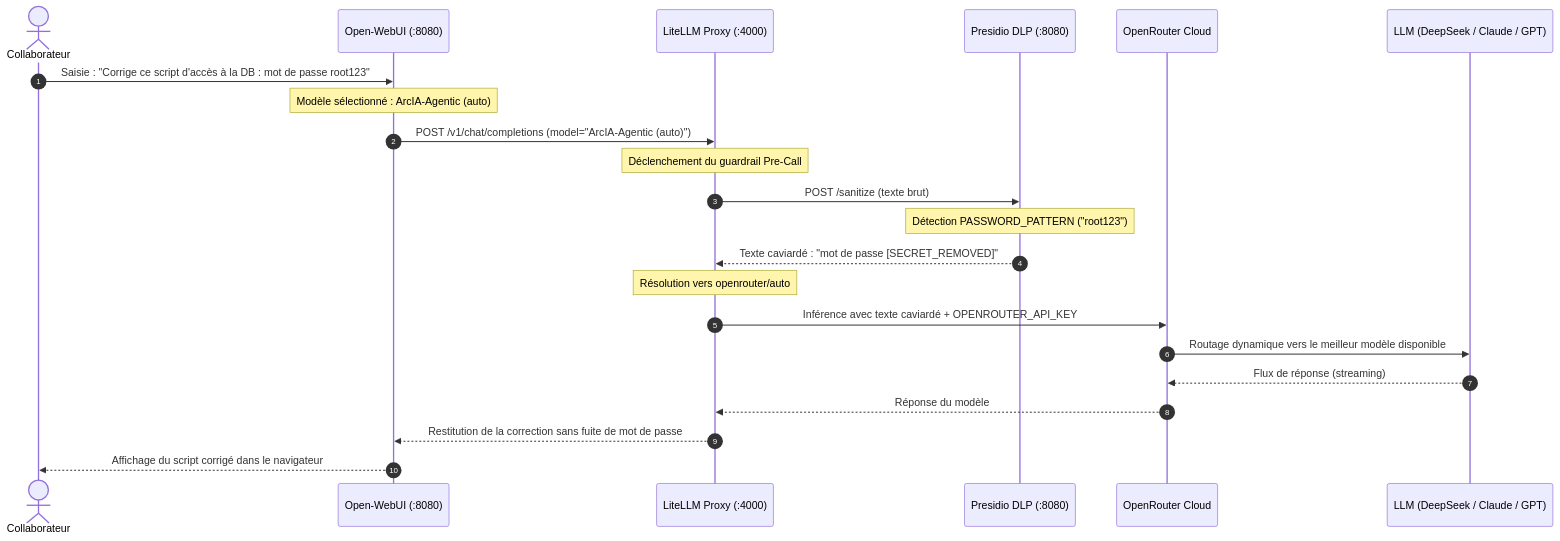
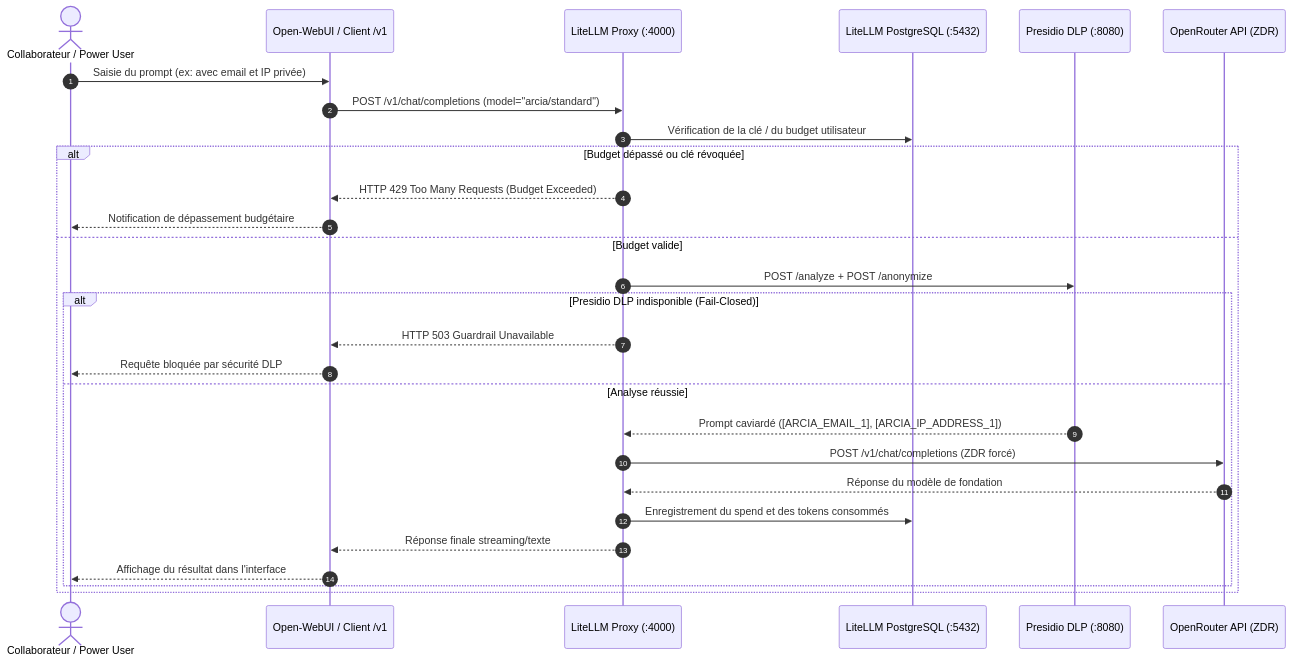
Before and after one commit to nicolastheuil/ArcIA: the second of 2 diagrams in docs/guides/chaine-de-routage.md, drawn with Mermaid. The commit also changed other lines of this file and 52 other files, not shown here.

````diff
--- a/docs/guides/chaine-de-routage.md
+++ b/docs/guides/chaine-de-routage.md
@@ -115,25 +92,32 @@
 ```mermaid
 sequenceDiagram
     autonumber
-    actor User as Collaborateur
-    participant WebUI as Open-WebUI (:8080)
-    participant LiteLLM as LiteLLM Proxy (:4000)
-    participant Presidio as Presidio DLP (:8080)
-    participant OpenRouter as OpenRouter Cloud
-    participant Engine as LLM (DeepSeek / Claude / GPT)
+    actor User as Collaborateur / Power User
+    participant Front as Open-WebUI / Client /v1
+    participant Gateway as LiteLLM Proxy (:4000)
+    participant DB as LiteLLM PostgreSQL (:5432)
+    participant DLP as Presidio DLP (:8080)
+    participant Cloud as OpenRouter API (ZDR)
 
-    User->>WebUI: Saisie : "Corrige ce script d'accès à la DB : mot de passe root123"
-    Note over WebUI: Modèle sélectionné : ArcIA-Agentic (auto)
-    WebUI->>LiteLLM: POST /v1/chat/completions (model="ArcIA-Agentic (auto)")
-    Note over LiteLLM: Déclenchement du guardrail Pre-Call
-    LiteLLM->>Presidio: POST /sanitize (texte brut)
-    Note over Presidio: Détection PASSWORD_PATTERN ("root123")
-    Presidio-->>LiteLLM: Texte caviardé : "mot de passe [SECRET_REMOVED]"
-    Note over LiteLLM: Résolution vers openrouter/auto
-    LiteLLM->>OpenRouter: Inférence avec texte caviardé + OPENROUTER_API_KEY
-    OpenRouter->>Engine: Routage dynamique vers le meilleur modèle disponible
-    Engine-->>OpenRouter: Flux de réponse (streaming)
-    OpenRouter-->>LiteLLM: Réponse du modèle
-    LiteLLM-->>WebUI: Restitution de la correction sans fuite de mot de passe
-    WebUI-->>User: Affichage du script corrigé dans le navigateur
+    User->>Front: Saisie du prompt (ex: avec email et IP privée)
+    Front->>Gateway: POST /v1/chat/completions (model="arcia/standard")
+    
+    Gateway->>DB: Vérification de la clé / du budget utilisateur
+    alt Budget dépassé ou clé révoquée
+        Gateway-->>Front: HTTP 429 Too Many Requests (Budget Exceeded)
+        Front-->>User: Notification de dépassement budgétaire
+    else Budget valide
+        Gateway->>DLP: POST /analyze + POST /anonymize
+        alt Presidio DLP indisponible (Fail-Closed)
+            Gateway-->>Front: HTTP 503 Guardrail Unavailable
+            Front-->>User: Requête bloquée par sécurité DLP
+        else Analyse réussie
+            DLP-->>Gateway: Prompt caviardé ([ARCIA_EMAIL_1], [ARCIA_IP_ADDRESS_1])
+            Gateway->>Cloud: POST /v1/chat/completions (ZDR forcé)
+            Cloud-->>Gateway: Réponse du modèle de fondation
+            Gateway->>DB: Enregistrement du spend et des tokens consommés
+            Gateway-->>Front: Réponse finale streaming/texte
+            Front-->>User: Affichage du résultat dans l'interface
+        end
+    end
 ```
````
